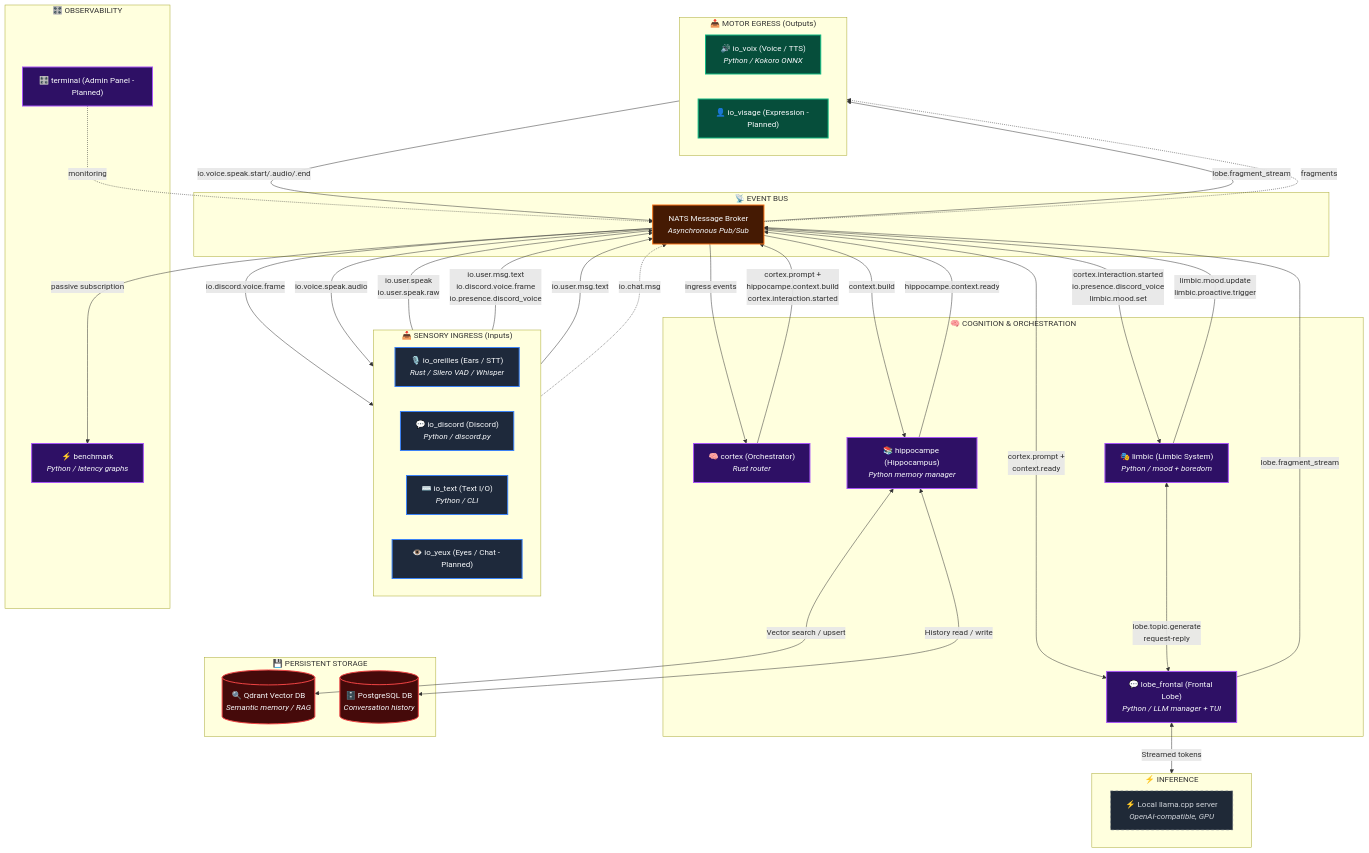
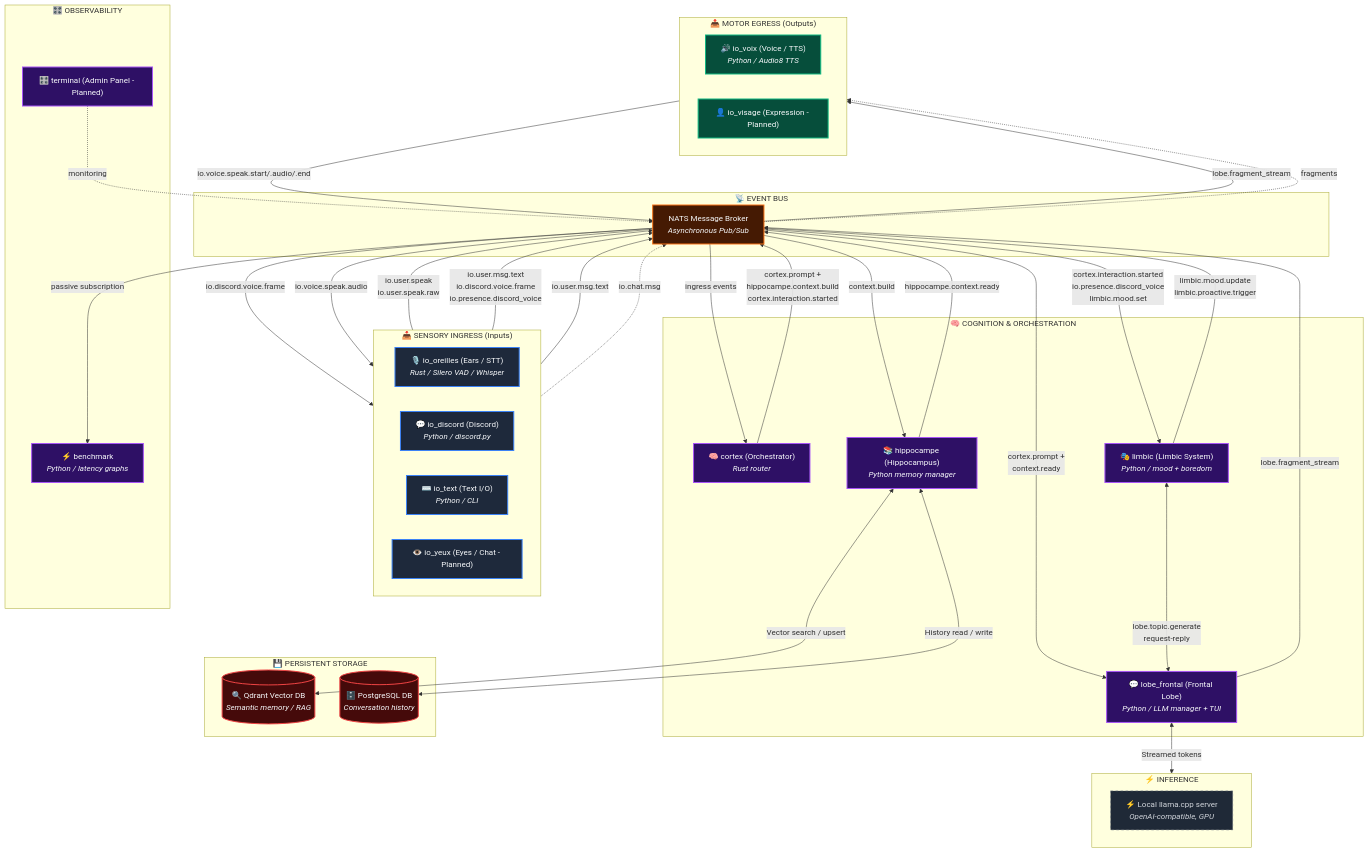
One commit to MiloBonbaril/Aletheia-V3 changed the diagram in README.md. Above: the diagram before and after it, drawn with Mermaid. The commit also changed 10 other files, not shown here.

```diff
--- a/README.md
+++ b/README.md
@@ -98,7 +98,7 @@
 
     subgraph Motor_Egress ["📤 MOTOR EGRESS (Outputs)"]
         direction LR
-        voix["🔊 io_voix (Voice / TTS)<br/><i>Python / Kokoro ONNX</i>"]:::egress
+        voix["🔊 io_voix (Voice / TTS)<br/><i>Python / Audio8 TTS</i>"]:::egress
         visage["👤 io_visage (Expression - Planned)"]:::egress
     end
 
```
